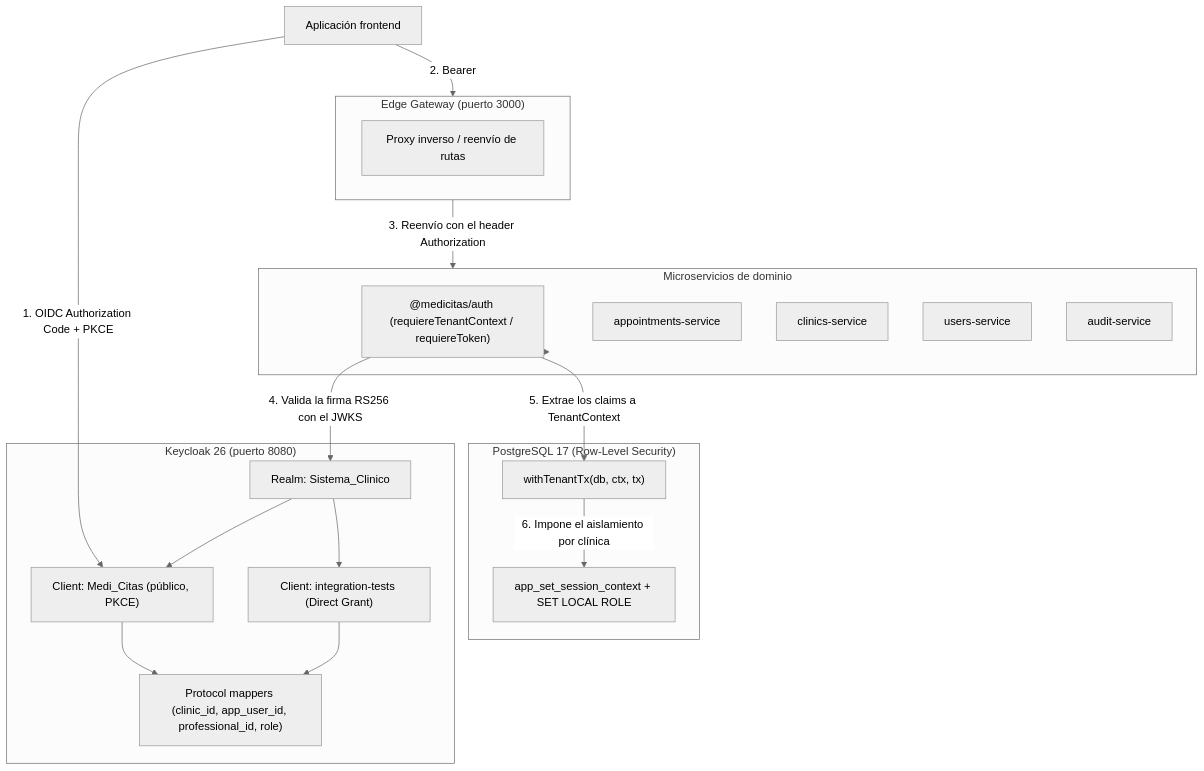
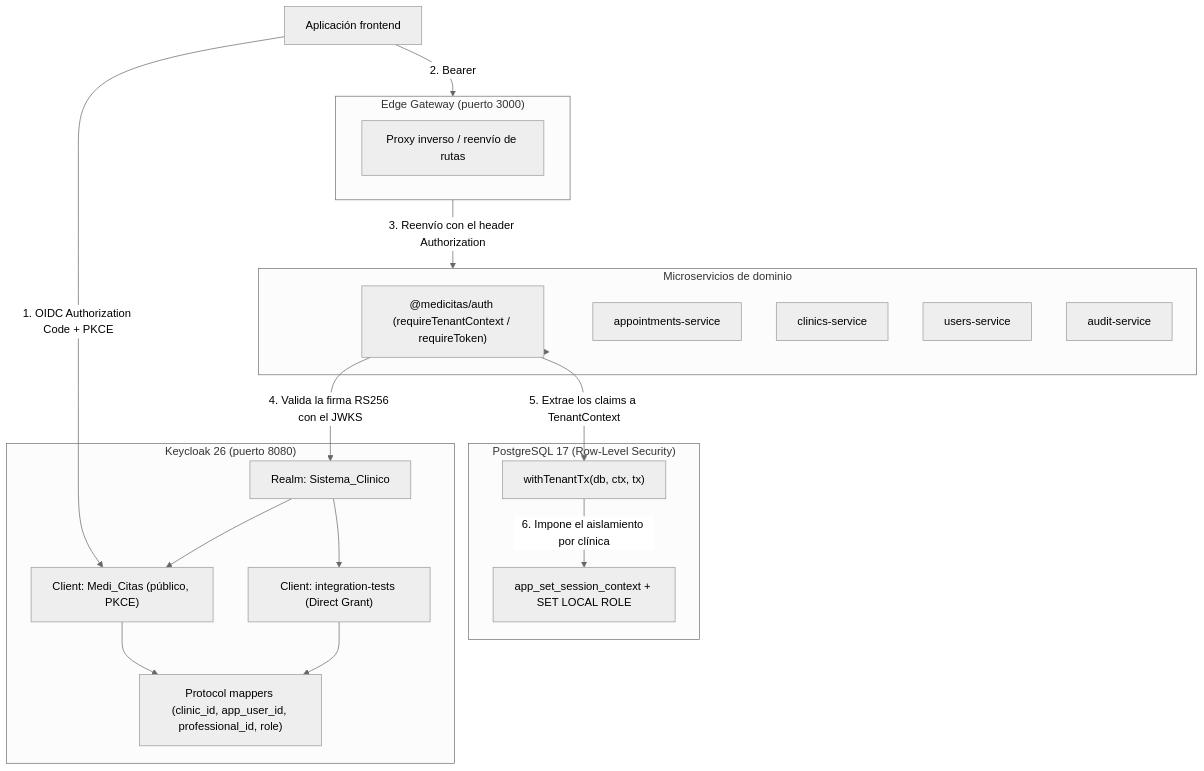
The diagram in docs/keycloak.es.md (ErikZF/MediCitas), drawn with Mermaid (neutral theme) before and after one commit. The commit also changed other lines of this file and 16 other files, not shown here.

Commit message:
refactor(auth): translate auth middleware and error messages to English

````diff
--- a/docs/keycloak.es.md
+++ b/docs/keycloak.es.md
@@ -13,38 +13,38 @@
 ```mermaid
 flowchart TD
     subgraph IAM["Keycloak 26 (puerto 8080)"]
         Realm["Realm: Sistema_Clinico"]
         ClientPublic["Client: Medi_Citas (público, PKCE)"]
         ClientTest["Client: integration-tests (Direct Grant)"]
         Mappers["Protocol mappers (clinic_id, app_user_id, professional_id, role)"]
         Realm --> ClientPublic
         Realm --> ClientTest
         ClientPublic --> Mappers
         ClientTest --> Mappers
     end
 
     subgraph Gateway["Edge Gateway (puerto 3000)"]
         Proxy["Proxy inverso / reenvío de rutas"]
     end
 
     subgraph Services["Microservicios de dominio"]
-        AuthMiddleware["@medicitas/auth (requiereTenantContext / requiereToken)"]
+        AuthMiddleware["@medicitas/auth (requireTenantContext / requireToken)"]
         ApptSvc["appointments-service"]
         ClinicsSvc["clinics-service"]
         UsersSvc["users-service"]
         AuditSvc["audit-service"]
     end
 
     subgraph Data["PostgreSQL 17 (Row-Level Security)"]
         TenantTx["withTenantTx(db, ctx, tx)"]
         RLS["app_set_session_context + SET LOCAL ROLE"]
     end
 
     Frontend["Aplicación frontend"] -->|"1. OIDC Authorization Code + PKCE"| ClientPublic
     Frontend -->|"2. Bearer <access token JWT>"| Gateway
     Gateway -->|"3. Reenvío con el header Authorization"| Services
     Services --> AuthMiddleware
     AuthMiddleware -->|"4. Valida la firma RS256 con el JWKS"| Realm
     AuthMiddleware -->|"5. Extrae los claims a TenantContext"| TenantTx
     TenantTx -->|"6. Impone el aislamiento por clínica"| RLS
 ```
````
